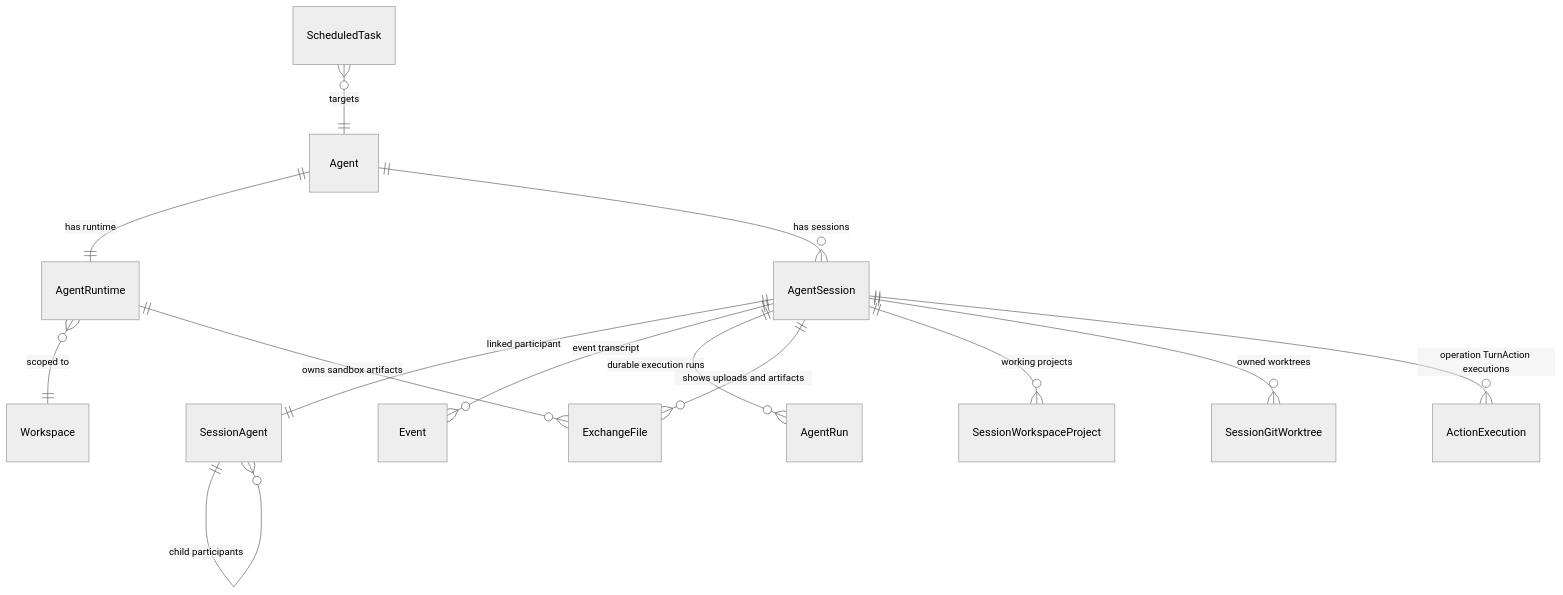
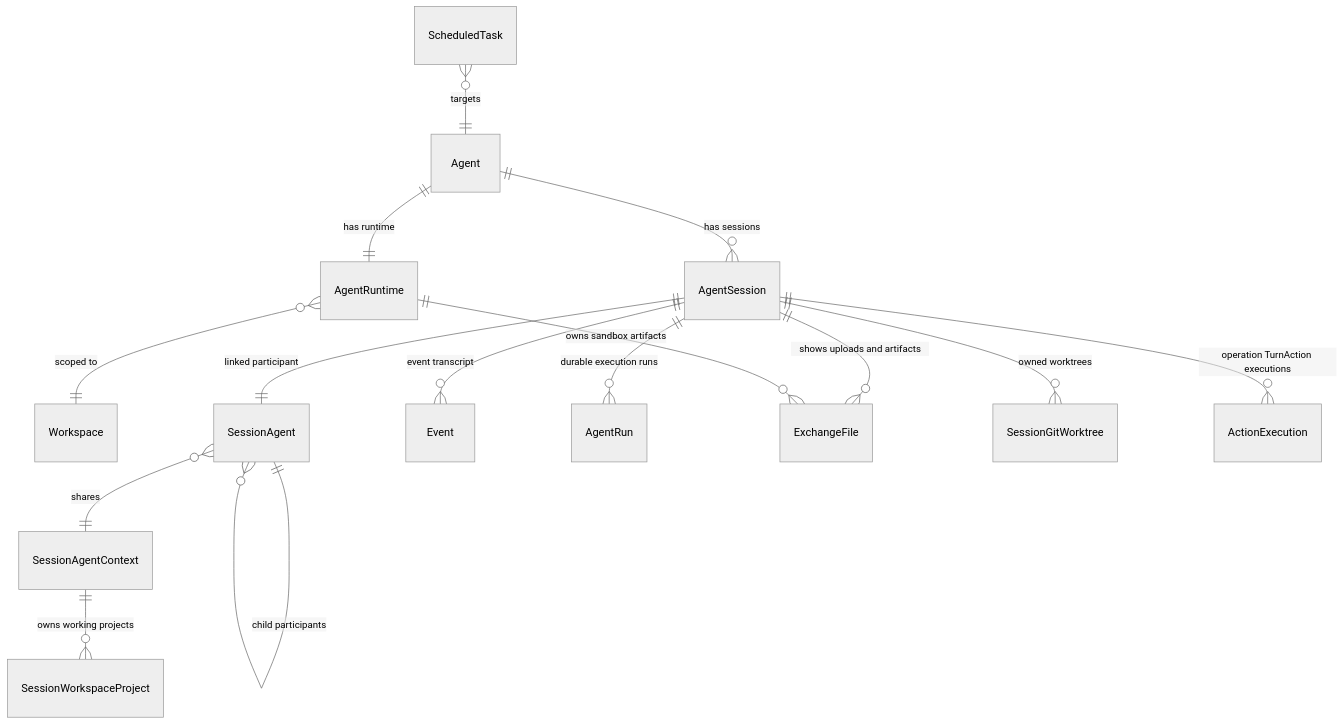
The diagram in docs/azents/spec/domain/conversation.md (azents/azents), drawn with Mermaid (neutral theme) before and after one commit. The commit also changed other lines of this file and 10 other files, not shown here.

Commit message:
docs(spec): promote automatic session projects

````diff
--- a/docs/azents/spec/domain/conversation.md
+++ b/docs/azents/spec/domain/conversation.md
@@ -118,16 +120,17 @@
 ```mermaid
 erDiagram
     Agent ||--|| AgentRuntime : "has runtime"
     Agent ||--o{ AgentSession : "has sessions"
     AgentRuntime }o--|| Workspace : "scoped to"
     AgentSession ||--|| SessionAgent : "linked participant"
     SessionAgent ||--o{ SessionAgent : "child participants"
+    SessionAgent }o--|| SessionAgentContext : "shares"
+    SessionAgentContext ||--o{ SessionWorkspaceProject : "owns working projects"
     AgentSession ||--o{ Event : "event transcript"
     AgentSession ||--o{ AgentRun : "durable execution runs"
     AgentSession ||--o{ ExchangeFile : "shows uploads and artifacts"
-    AgentSession ||--o{ SessionWorkspaceProject : "working projects"
     AgentSession ||--o{ SessionGitWorktree : "owned worktrees"
     AgentSession ||--o{ ActionExecution : "operation TurnAction executions"
     AgentRuntime ||--o{ ExchangeFile : "owns sandbox artifacts"
     ScheduledTask }o--|| Agent : "targets"
 ```
````
